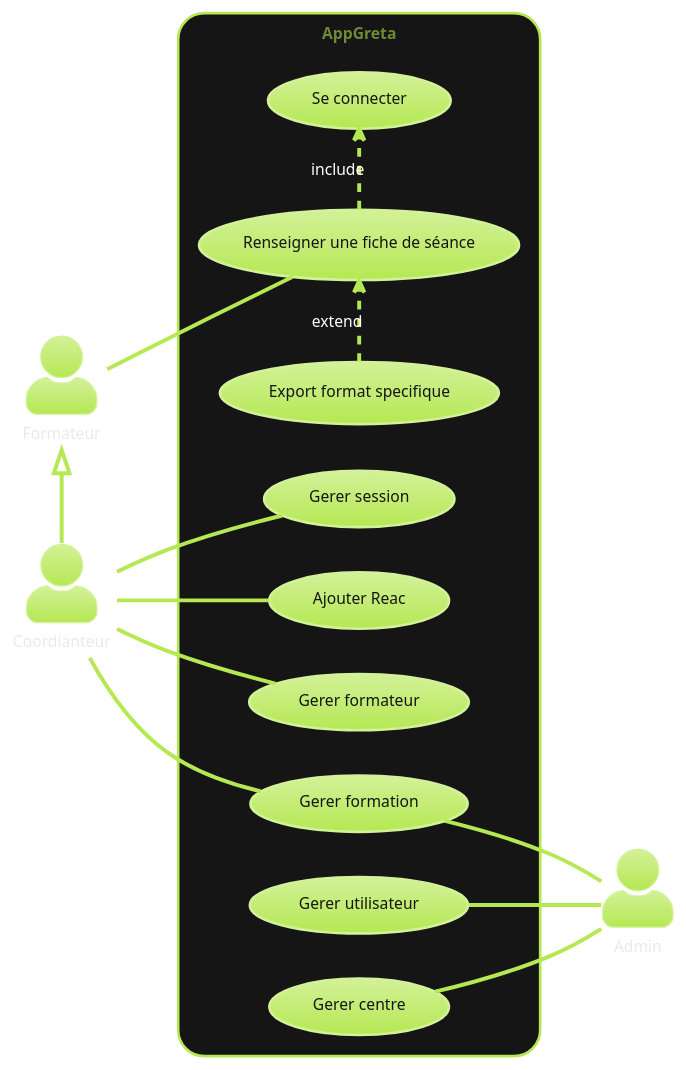
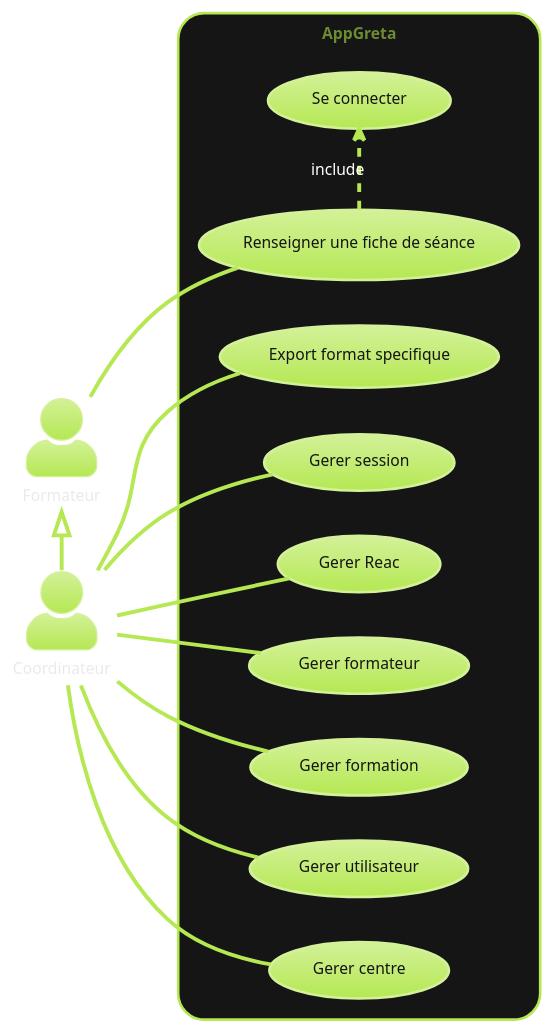
Before and after one commit to GreenHawk-99/AppGreta: the diagram in doc/puml/UseCase.puml, drawn with PlantUML. The commit also changed 6 other files, not shown here.

```diff
--- a/doc/puml/UseCase.puml
+++ b/doc/puml/UseCase.puml
@@ -1,32 +1,30 @@
 @startuml
 !theme hacker
 
 left to right direction
 skinparam actorStyle awesome
 actor "Formateur" as forma
-actor "Coordianteur" as coor
-actor "Admin" as admin
+actor "Coordinateur" as coor
 rectangle AppGreta {
   usecase "Renseigner une fiche de séance" as UC1
   usecase "Se connecter" as UC2
   usecase "Export format specifique" as UC3
   usecase "Gerer session" as UC4
-  usecase "Ajouter Reac" as UC5
+  usecase "Gerer Reac" as UC5
   usecase "Gerer formateur" as UC6
   usecase "Gerer formation" as UC10
   usecase "Gerer utilisateur" as UC11
   usecase "Gerer centre" as UC12
 }
 forma <|- coor
 forma -- UC1
 UC1 .> UC2 :include
-UC3 .> UC1 :extend
+coor -- UC3
 coor -- UC4
 coor -- UC5
 coor -- UC6
 coor -- UC10
-UC10 -- admin
-UC11 -- admin
-UC12 -- admin
+coor -- UC11
+coor -- UC12
 
 @enduml
```
